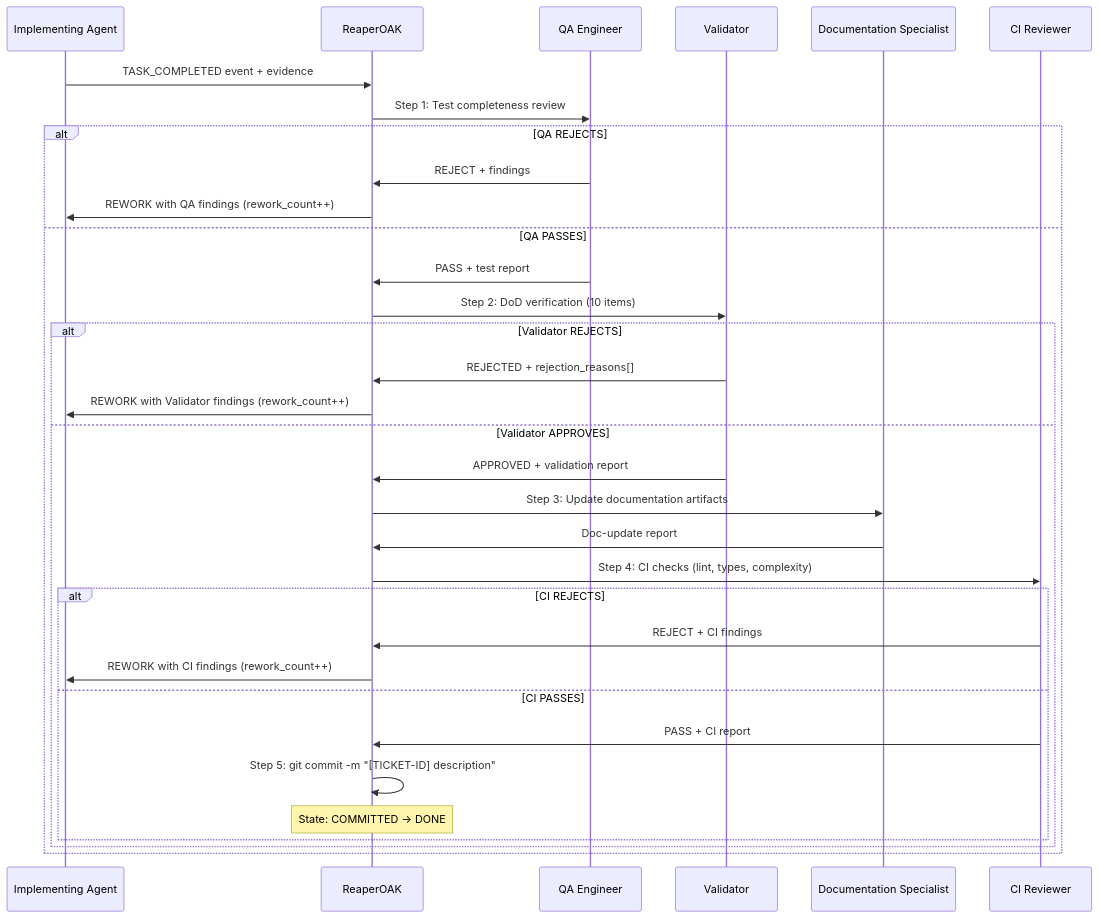
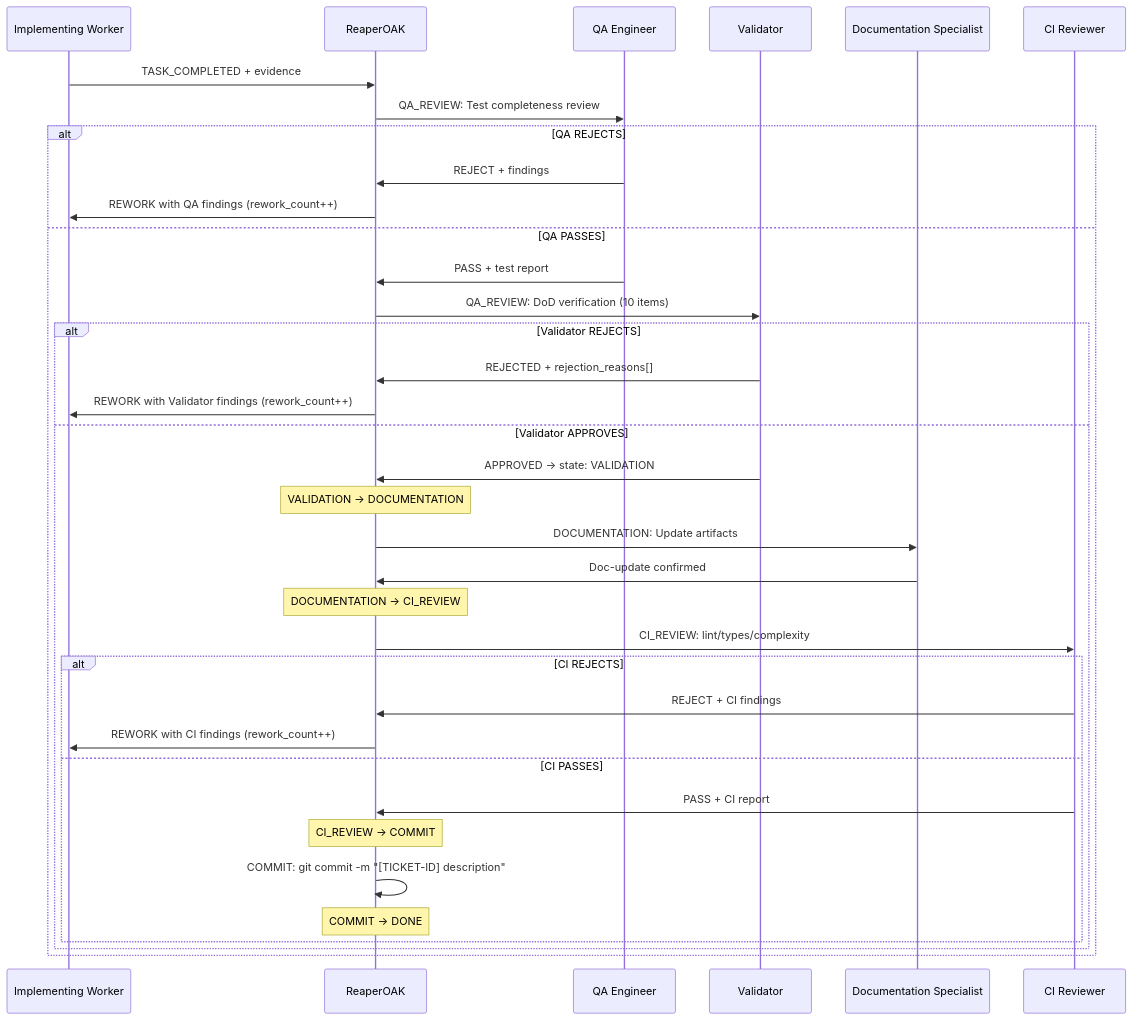
The third of 5 diagrams in .github/ARCHITECTURE.md (ReaperOAK/vibecoding), drawn with Mermaid before and after one commit. The commit also changed other lines of this file and 24 other files, not shown here.

````diff
--- a/.github/ARCHITECTURE.md
+++ b/.github/ARCHITECTURE.md
@@ -385,37 +551,40 @@
 ```mermaid
 sequenceDiagram
-    participant Impl as Implementing Agent
+    participant W as Implementing Worker
     participant Oak as ReaperOAK
     participant QA as QA Engineer
     participant Val as Validator
     participant Doc as Documentation Specialist
     participant CI as CI Reviewer
 
-    Impl->>Oak: TASK_COMPLETED event + evidence
-    Oak->>QA: Step 1: Test completeness review
+    W->>Oak: TASK_COMPLETED + evidence
+    Oak->>QA: QA_REVIEW: Test completeness review
 
     alt QA REJECTS
         QA->>Oak: REJECT + findings
-        Oak->>Impl: REWORK with QA findings (rework_count++)
+        Oak->>W: REWORK with QA findings (rework_count++)
     else QA PASSES
         QA->>Oak: PASS + test report
-        Oak->>Val: Step 2: DoD verification (10 items)
+        Oak->>Val: QA_REVIEW: DoD verification (10 items)
         alt Validator REJECTS
             Val->>Oak: REJECTED + rejection_reasons[]
-            Oak->>Impl: REWORK with Validator findings (rework_count++)
+            Oak->>W: REWORK with Validator findings (rework_count++)
         else Validator APPROVES
-            Val->>Oak: APPROVED + validation report
-            Oak->>Doc: Step 3: Update documentation artifacts
-            Doc->>Oak: Doc-update report
-            Oak->>CI: Step 4: CI checks (lint, types, complexity)
+            Val->>Oak: APPROVED → state: VALIDATION
+            Note over Oak: VALIDATION → DOCUMENTATION
+            Oak->>Doc: DOCUMENTATION: Update artifacts
+            Doc->>Oak: Doc-update confirmed
+            Note over Oak: DOCUMENTATION → CI_REVIEW
+            Oak->>CI: CI_REVIEW: lint/types/complexity
             alt CI REJECTS
                 CI->>Oak: REJECT + CI findings
-                Oak->>Impl: REWORK with CI findings (rework_count++)
+                Oak->>W: REWORK with CI findings (rework_count++)
             else CI PASSES
                 CI->>Oak: PASS + CI report
-                Oak->>Oak: Step 5: git commit -m "[TICKET-ID] description"
-                Note over Oak: State: COMMITTED → DONE
+                Note over Oak: CI_REVIEW → COMMIT
+                Oak->>Oak: COMMIT: git commit -m "[TICKET-ID] description"
+                Note over Oak: COMMIT → DONE
             end
         end
     end
 ```
````
